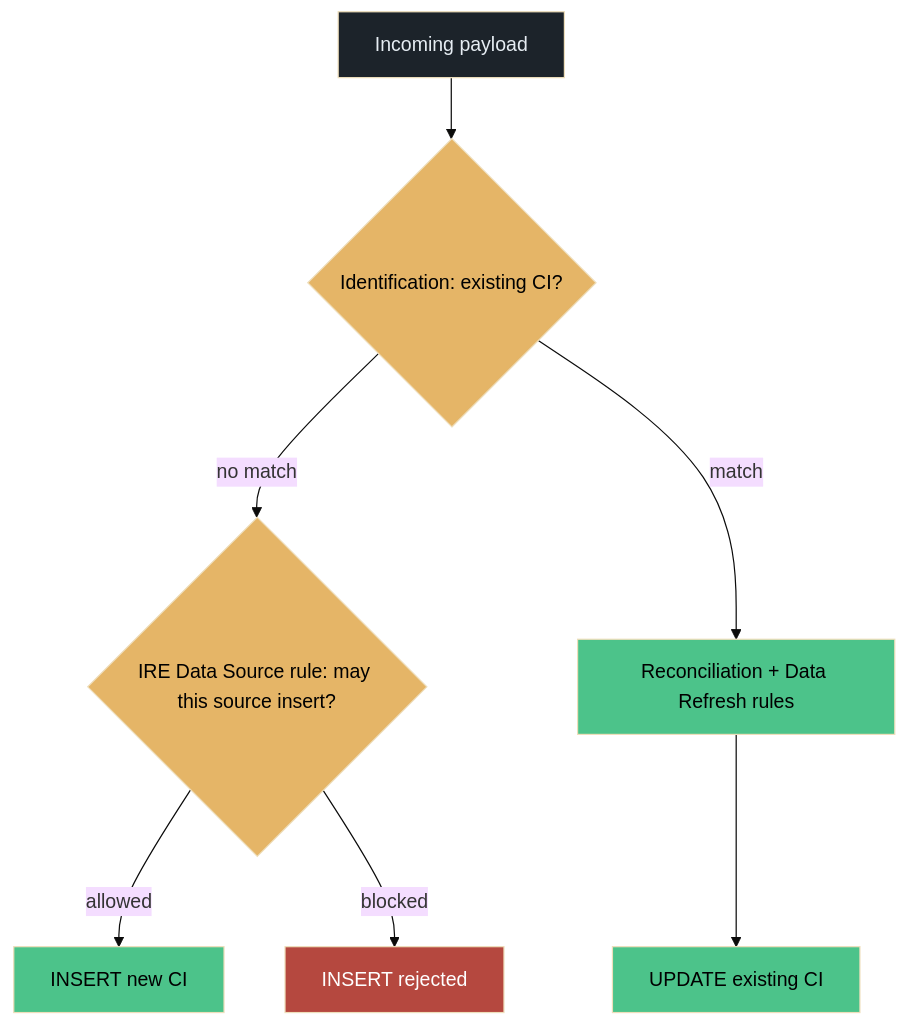
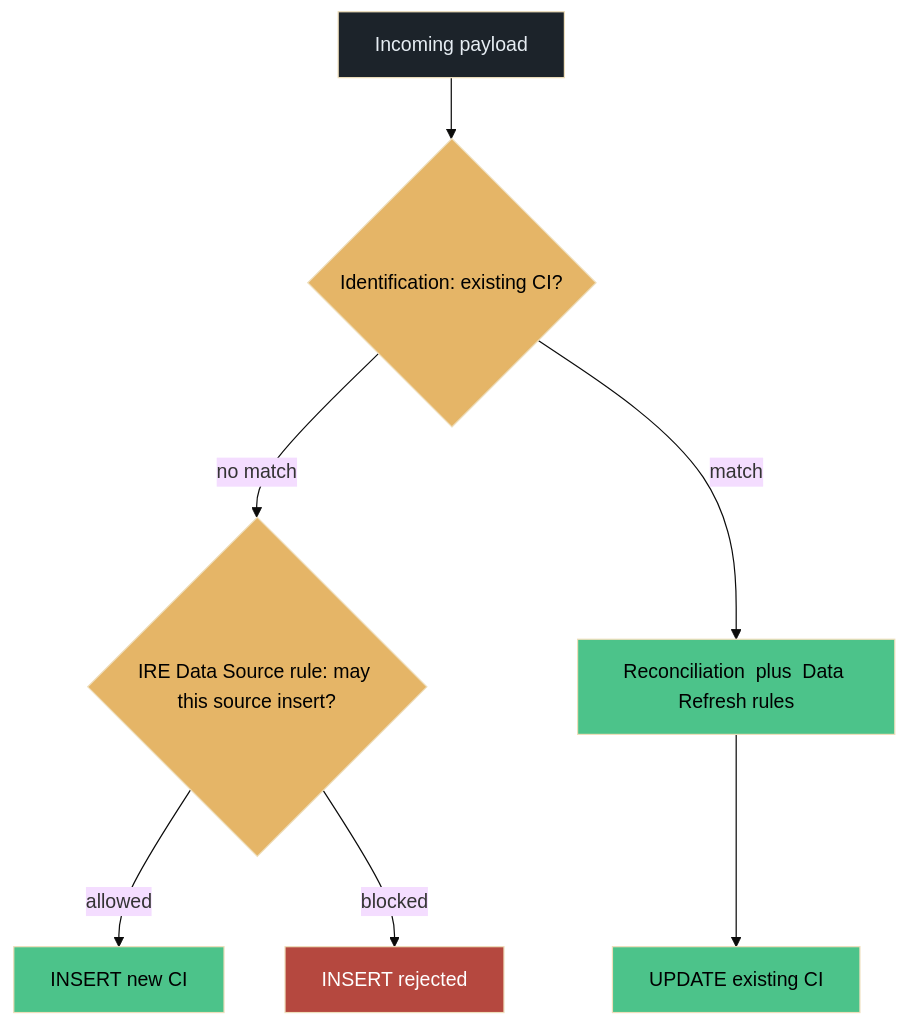
Diagram 14 of 22 in docs/modules/cmdb/cmdb-guide.md (eltonaguiar/ServiceNow_Learning_TSOM-_CSM_FSM_SalesCRM_HAM_ITSM), drawn with Mermaid (base theme) before and after one commit. The commit also changed other lines of this file and 19 other files, not shown here.

Commit message:
Fix all Mermaid diagram special characters - replace dollar, parens, slashes, quotes, pipes, nested brackets and other unsafe chars inside brackets with safe alternatives across 19 files

````diff
--- a/docs/modules/cmdb/cmdb-guide.md
+++ b/docs/modules/cmdb/cmdb-guide.md
@@ -1407,18 +1407,18 @@
 ```mermaid
 flowchart TD
     IN[Incoming payload] --> ID{Identification: existing CI?}
     ID -->|no match| DS{IRE Data Source rule: may this source insert?}
-    ID -->|match| REC[Reconciliation + Data Refresh rules]
+    ID -->|match| REC[Reconciliation  plus  Data Refresh rules]
     DS -->|allowed| NEW[INSERT new CI]
     DS -->|blocked| REJ[INSERT rejected]
     REC --> UPD[UPDATE existing CI]
 
     style IN fill:#1c232a,color:#e6edf3
     style ID fill:#e5b567,color:#000
     style DS fill:#e5b567,color:#000
     style REC fill:#4cc38a,color:#000
     style NEW fill:#4cc38a,color:#000
     style REJ fill:#b5483f,color:#fff
     style UPD fill:#4cc38a,color:#000
 
 ```
````
